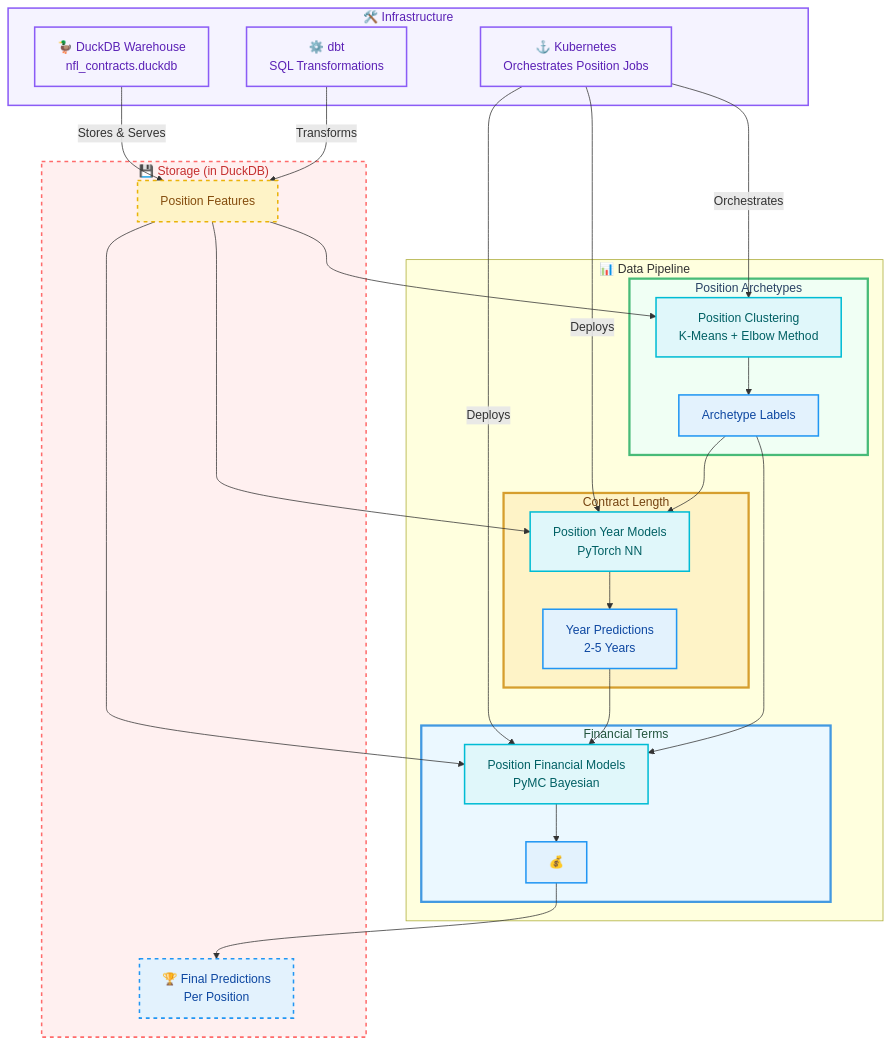
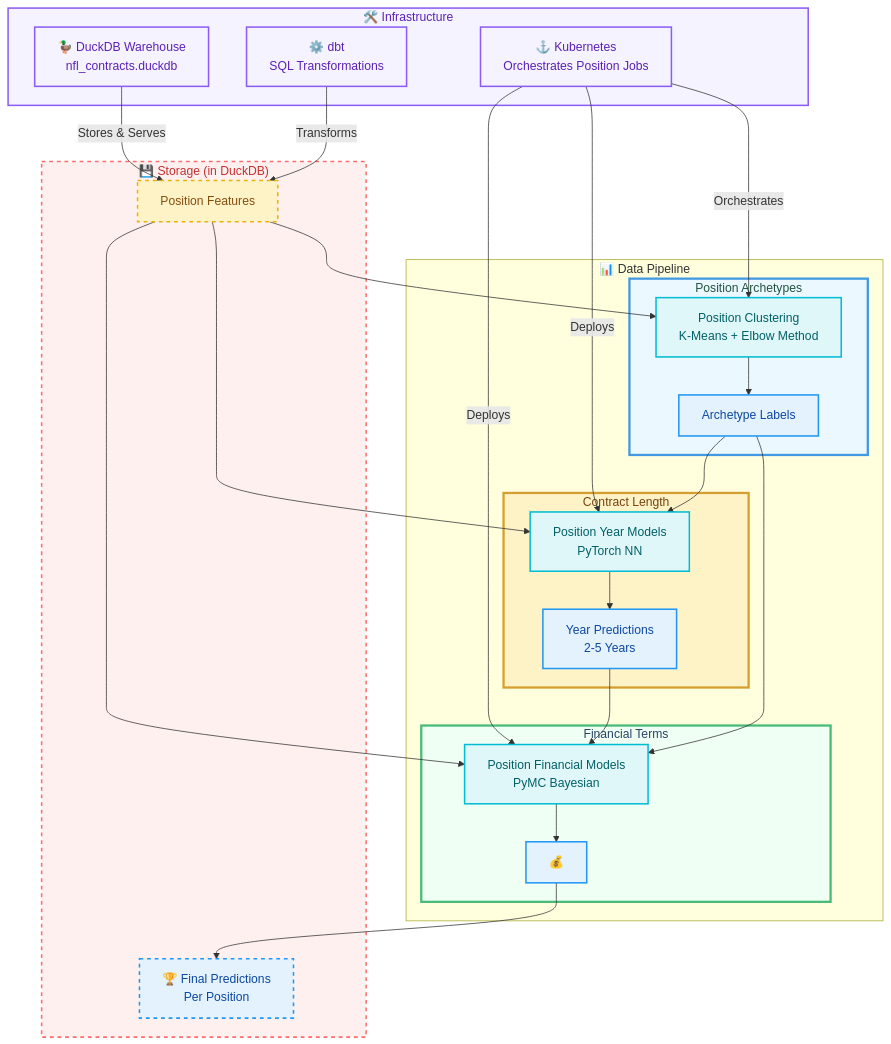
Before and after one commit to dec1costello/NFL-Market-Value-Analysis: the diagram in README.md, drawn with Mermaid. The commit also changed other lines of this file, not shown here.

````diff
--- a/README.md
+++ b/README.md
@@ -37,76 +37,76 @@
 ```mermaid
 graph TB
  %% === STYLING ===
-    classDef stage1 fill:#f0fff4,stroke:#48bb78,stroke-width:3px,color: #2a4365
+    classDef stage1 fill:#ebf8ff,stroke:#4299e1,stroke-width:3px,color:#22543d
     classDef stage2 fill:#fef3c7,stroke:#d69e2e,stroke-width:3px,color:#744210
-    classDef stage3 fill:#ebf8ff,stroke:#4299e1,stroke-width:3px,color:#22543d
+    classDef stage3 fill:#f0fff4,stroke:#48bb78,stroke-width:3px,color: #2a4365
     classDef features fill:#fef3c7,stroke:#eab308,stroke-width:2px,color:#854d0e
     classDef model fill:#e0f7fa,stroke:#00bcd4,stroke-width:2px,color:#006064
     classDef output fill:#e3f2fd,stroke:#2196f3,stroke-width:2px,color:#0d47a1
     classDef infra fill:#f5f3ff,stroke:#8b5cf6,stroke-width:2px,color:#5b21b6
     classDef storage fill:#fff0f0,stroke:#FF6B6B,stroke-width:2px,stroke-dasharray:5 5,color:#c53030
 
     %% === INFRASTRUCTURE LAYERS ===
     subgraph INFRA ["🛠️ Infrastructure"]
         DUCKDB["🦆 DuckDB Warehouse<br/>nfl_contracts.duckdb"]
         K8S["⚓ Kubernetes<br/>Orchestrates Position Jobs"]
         DBT["⚙️ dbt<br/>SQL Transformations"]
     end
 
     %% === DATA FLOW ===
     subgraph DATA_FLOW ["📊 Data Pipeline"]
         %% === STAGE 1: ARCHETYPE DISCOVERY ===
         subgraph STAGE_1 ["Position Archetypes"]
             CLUSTERING["Position Clustering<br/>K-Means + Elbow Method"]
             ARCHETYPES["Archetype Labels"]
         end
 
         %% === STAGE 2: YEAR PREDICTION ===
         subgraph STAGE_2 ["Contract Length"]
             YEAR_MODELS["Position Year Models<br/>PyTorch NN"]
             YEAR_PREDS["Year Predictions<br/>2-5 Years"]
         end
 
         %% === STAGE 3: FINANCIAL PREDICTION ===
         subgraph STAGE_3 ["Financial Terms"]
             FINANCIAL_MODELS["Position Financial Models<br/>PyMC Bayesian"]
             FINANCIAL_PREDS["💰"]
         end
     end
 
     %% === STORAGE LAYER ===
     subgraph STORAGE ["💾 Storage (in DuckDB)"]
         FEATURES["Position Features<br/>"]
         RESULTS["🏆 Final Predictions<br/>Per Position"]
     end
 
     %% === CONNECTIONS ===
     %% Infrastructure → Data Flow
     DUCKDB -->|"Stores & Serves"| FEATURES
     DBT -->|"Transforms"| FEATURES
     K8S -->|"Orchestrates"| CLUSTERING
     K8S -->|"Deploys"| YEAR_MODELS
     K8S -->|"Deploys"| FINANCIAL_MODELS
 
     %% Data Pipeline Flow
     FEATURES --> CLUSTERING
     CLUSTERING --> ARCHETYPES
     ARCHETYPES --> YEAR_MODELS
     FEATURES --> YEAR_MODELS
     YEAR_MODELS --> YEAR_PREDS
     YEAR_PREDS --> FINANCIAL_MODELS
     ARCHETYPES --> FINANCIAL_MODELS
     FEATURES --> FINANCIAL_MODELS
     FINANCIAL_MODELS --> FINANCIAL_PREDS
     FINANCIAL_PREDS --> RESULTS
 
     %% === STYLES ===
     class INFRA,DUCKDB,K8S,DBT infra
     class STORAGE,FEATURES,RESULTS storage
     class STAGE_1 stage1
     class STAGE_2 stage2
     class STAGE_3 stage3
     class FEATURES features
     class CLUSTERING,YEAR_MODELS,FINANCIAL_MODELS model
     class ARCHETYPES,YEAR_PREDS,FINANCIAL_PREDS,RESULTS output;
 ```
````
